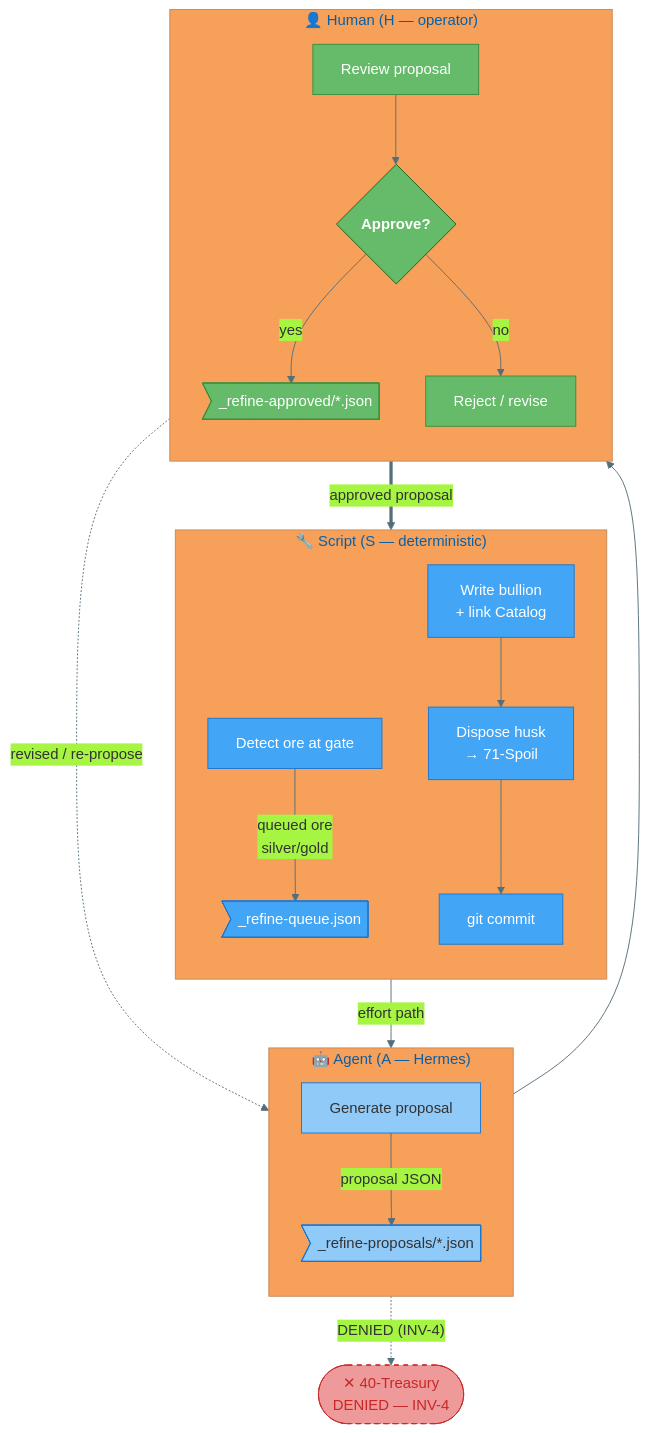
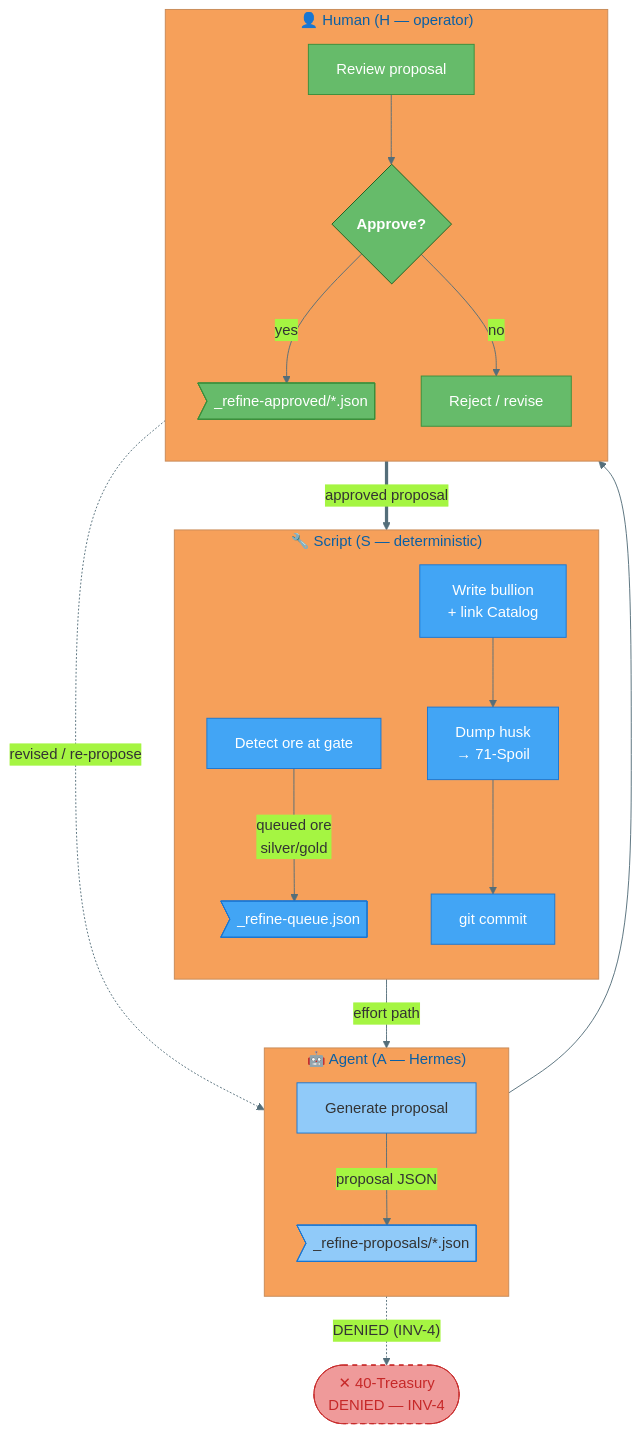
One commit to keith-nielsen/memory-mining changed the third of 7 diagrams in docs/diagrams.md. Above: the diagram before and after it, drawn with Mermaid. The commit also changed other lines of this file and 27 other files, not shown here.

````diff
--- a/docs/diagrams.md
+++ b/docs/diagrams.md
@@ -127,50 +126,50 @@
 ```mermaid
 %%{init: {'theme': 'base', 'themeVariables': {
   'primaryColor': '#42a5f5',
   'lineColor': '#546e7a'
 }}}%%
 flowchart TB
     subgraph SCRIPT["🔧  Script (S — deterministic)"]
         direction TB
         DET[Detect ore at gate]:::script
         Q>_refine-queue.json]:::script
         EXEC[Write bullion<br/>+ link Catalog]:::script
-        ARCH[Dispose husk<br/>→ 71-Spoil]:::script
+        ARCH[Dump husk<br/>→ 71-Spoil]:::script
         COM[git commit]:::script
     end
 
     subgraph AGENT["🤖  Agent (A — Hermes)"]
         direction TB
         PROP[Generate proposal]:::agent
         PJ>_refine-proposals/*.json]:::agent
     end
 
     subgraph HUMAN["👤  Human (H — operator)"]
         direction TB
         REV[Review proposal]:::human
         GATE{Approve?}:::gate
         AJ>_refine-approved/*.json]:::human
         REJ[Reject / revise]:::human
     end
 
     DENIED(["✕  40-Treasury<br/>DENIED — INV-4"]):::denied
 
     DET -->|queued ore<br/>silver/gold| Q
     Q -->|effort path| PROP
     PROP -->|proposal JSON| PJ
     PJ --> REV
     REV --> GATE
     GATE -->|yes| AJ
     GATE -->|no| REJ
     REJ -.->|revised / re-propose| PJ
     AJ ==>|approved proposal| EXEC
     EXEC --> ARCH
     ARCH --> COM
     PROP -. "DENIED (INV-4)" .-> DENIED
 
     classDef script fill:#42a5f5,stroke:#1976d2,color:#fff
     classDef agent fill:#90caf9,stroke:#1976d2,color:#333
     classDef human fill:#66bb6a,stroke:#388e3c,color:#fff
     classDef gate fill:#66bb6a,stroke:#1b5e20,color:#fff,font-weight:bold
     classDef denied fill:#ef9a9a,stroke:#c62828,color:#c62828,stroke-dasharray:5 5
 ```
````
